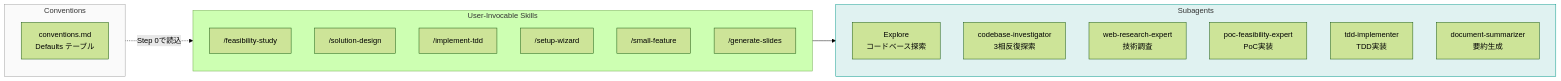
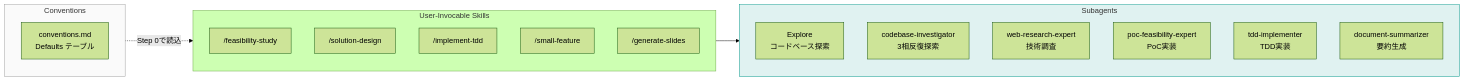
The fifth of 5 diagrams in plugins/app-dev-suite/doc/workflow-diagrams.md (taakashifukada/app-dev-prompt-suite), drawn with Mermaid (forest theme) before and after one commit. The commit also changed other lines of this file and 7 other files, not shown here.

First line of the commit message:
Remove progress.yaml and setup-wizard for simplification

````diff
--- a/plugins/app-dev-suite/doc/workflow-diagrams.md
+++ b/plugins/app-dev-suite/doc/workflow-diagrams.md
@@ -137,30 +137,29 @@
 ```mermaid
 flowchart LR
     subgraph Skills["User-Invocable Skills"]
         FS["/feasibility-study"]
         SD["/solution-design"]
         IT["/implement-tdd"]
-        SW["/setup-wizard"]
         SF["/small-feature"]
         GS["/generate-slides"]
     end
 
     subgraph Agents["Subagents"]
         EX["Explore\nコードベース探索"]
         CI["codebase-investigator\n3相反復探索"]
         WR["web-research-expert\n技術調査"]
         POC["poc-feasibility-expert\nPoC実装"]
         TDD["tdd-implementer\nTDD実装"]
         DS["document-summarizer\n要約生成"]
     end
 
     subgraph Conventions["Conventions"]
         CV["conventions.md\nDefaults テーブル"]
     end
 
     Skills --> Agents
     Conventions -.->|"Step 0で読込"| Skills
 
     style Agents fill:#e0f2f1,stroke:#009688
     style Conventions fill:#fafafa,stroke:#9E9E9E
 ```
````
